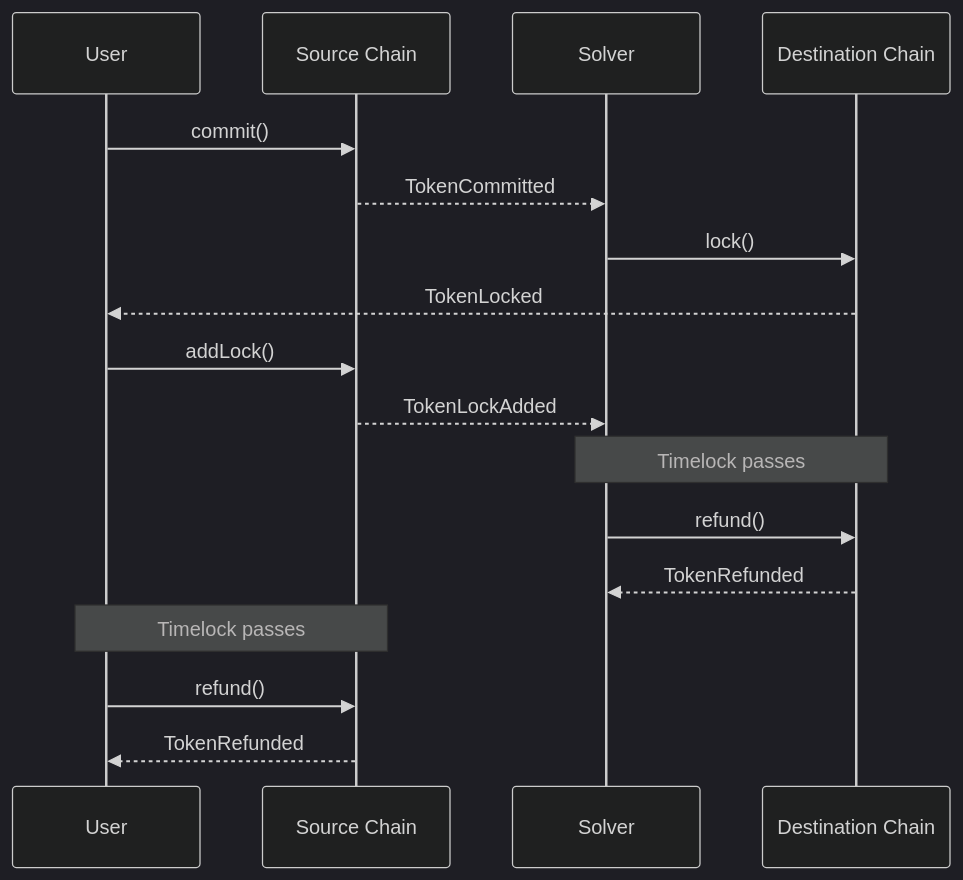
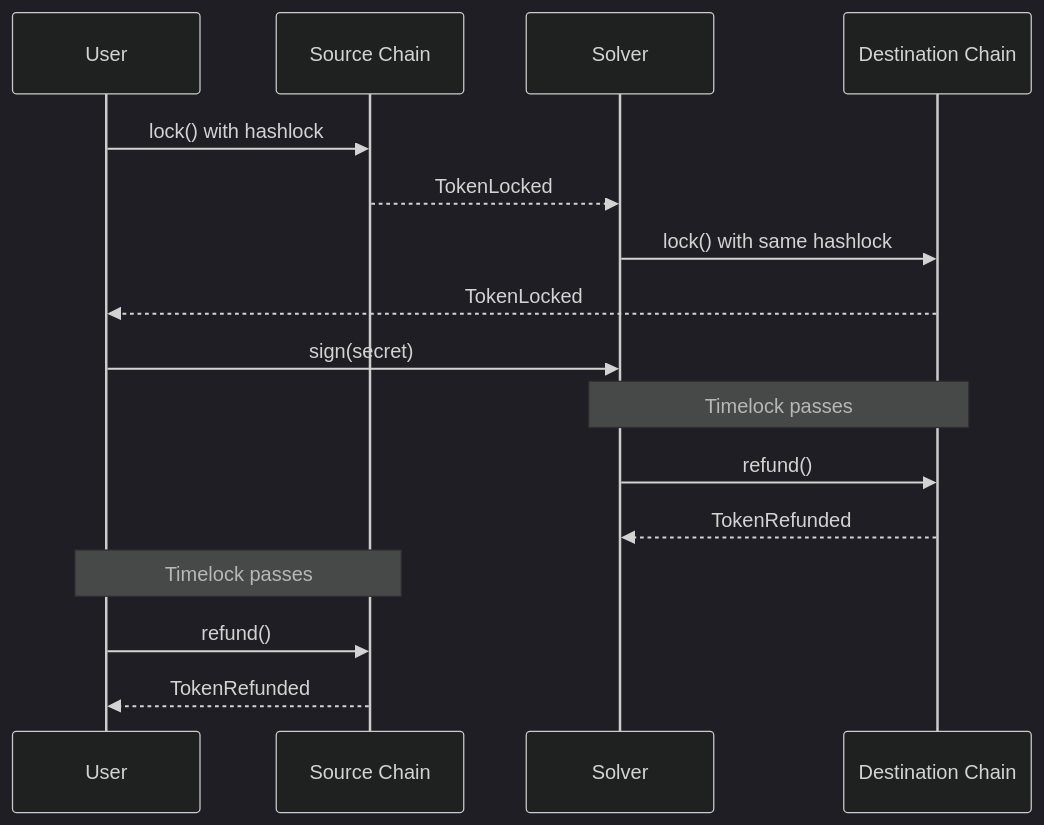
The fourth of 4 diagrams in protocol-spec/edge-cases.mdx (TrainProtocol/docs), drawn with Mermaid (dark theme) before and after one commit. The commit also changed other lines of this file and 9 other files, not shown here.

````diff
--- a/protocol-spec/edge-cases.mdx
+++ b/protocol-spec/edge-cases.mdx
@@ -96,21 +95,20 @@
 ```mermaid
 sequenceDiagram
-    participant P1 as User
+    participant User
     participant SC as Source Chain
-    participant P2 as Solver
+    participant Solver
     participant DC as Destination Chain
 
 	
-    P1->>SC: commit()
-    SC-->>P2: TokenCommitted
-    P2->>DC: lock()
-    DC-->>P1: TokenLocked
-    P1->>SC: addLock()
-    SC-->>P2: TokenLockAdded
-    Note over P2,DC: Timelock passes
-    P2->>DC: refund()
-	  DC-->>P2: TokenRefunded
-	  Note over P1,SC: Timelock passes
-    P1->>SC: refund()
-    SC-->>P1: TokenRefunded
+    User->>SC: lock() with hashlock
+    SC-->>Solver: TokenLocked
+    Solver->>DC: lock() with same hashlock
+    DC-->>User: TokenLocked
+    User->>Solver: sign(secret)
+    Note over Solver,DC: Timelock passes
+    Solver->>DC: refund()
+    DC-->>Solver: TokenRefunded
+    Note over User,SC: Timelock passes
+    User->>SC: refund()
+    SC-->>User: TokenRefunded
 ```
````
